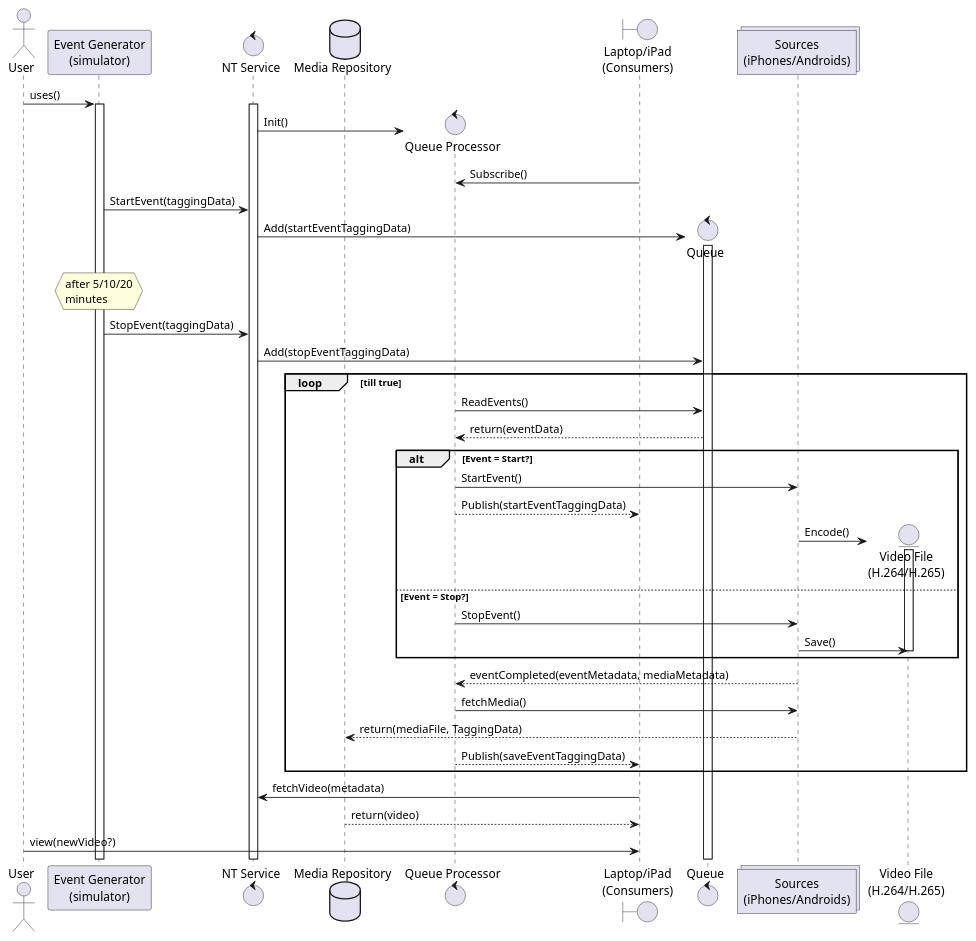
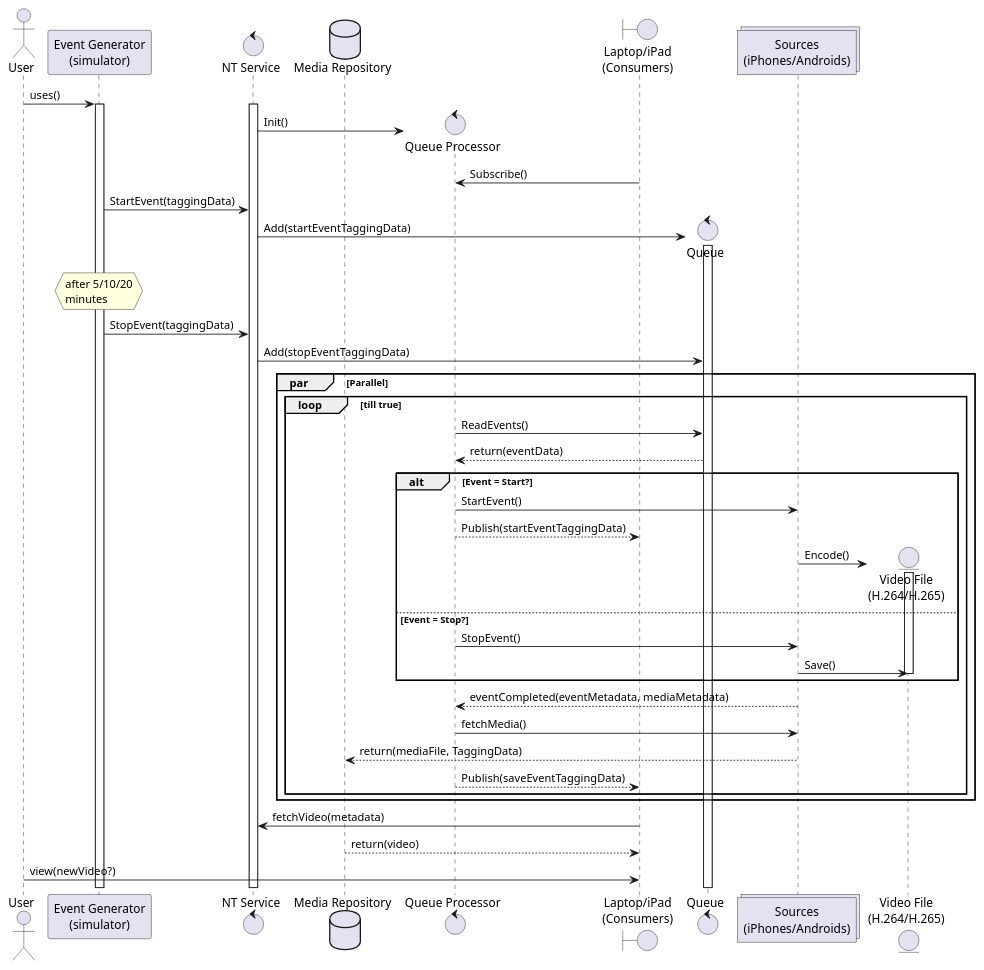
One commit to manish-drake/sportspiparch changed the diagram in SP4420.puml. Above: the diagram before and after it, drawn with PlantUML. The commit also changed 31 other files, not shown here.

Commit message:
Added charts to describe Distribution

```diff
--- a/SP4420.puml
+++ b/SP4420.puml
@@ -1,43 +1,45 @@
 @startuml Spike SP4420
 actor "User" as user
 user -> "Event Generator\n(simulator)" as evgen: uses()
 activate evgen
 control "NT Service" as nt
 activate nt
 database "Media Repository" as repo
 create control "Queue Processor" as qp
 nt -> qp: Init()
 boundary "Laptop/iPad\n(Consumers)" as cns
 cns -> qp: Subscribe()
 evgen -> nt: StartEvent(taggingData)
 create control "Queue" as q
 nt -> q: Add(startEventTaggingData)
 activate q
 hnote over evgen: after 5/10/20\nminutes
 evgen -> nt: StopEvent(taggingData)
 nt -> q: Add(stopEventTaggingData)
+par Parallel
 loop till true
     qp -> q: ReadEvents()
     q --> qp: return(eventData)
     collections "Sources\n(iPhones/Androids)" as src
     alt Event = Start?
         qp -> src: StartEvent()
         qp --> cns: Publish(startEventTaggingData)
         create entity "Video File\n(H.264/H.265)" as video
         src -> video: Encode()
         activate video
     else Event = Stop?
         qp -> src: StopEvent()
         src -> video: Save()
         deactivate video
     end
     src --> qp: eventCompleted(eventMetadata, mediaMetadata)
     qp -> src: fetchMedia()
     src --> repo: return(mediaFile, TaggingData)
     qp --> cns: Publish(saveEventTaggingData)
 end
+end
 cns -> nt: fetchVideo(metadata)
 repo --> cns: return(video)
 user -> cns: view(newVideo?)
 
 @enduml
```
